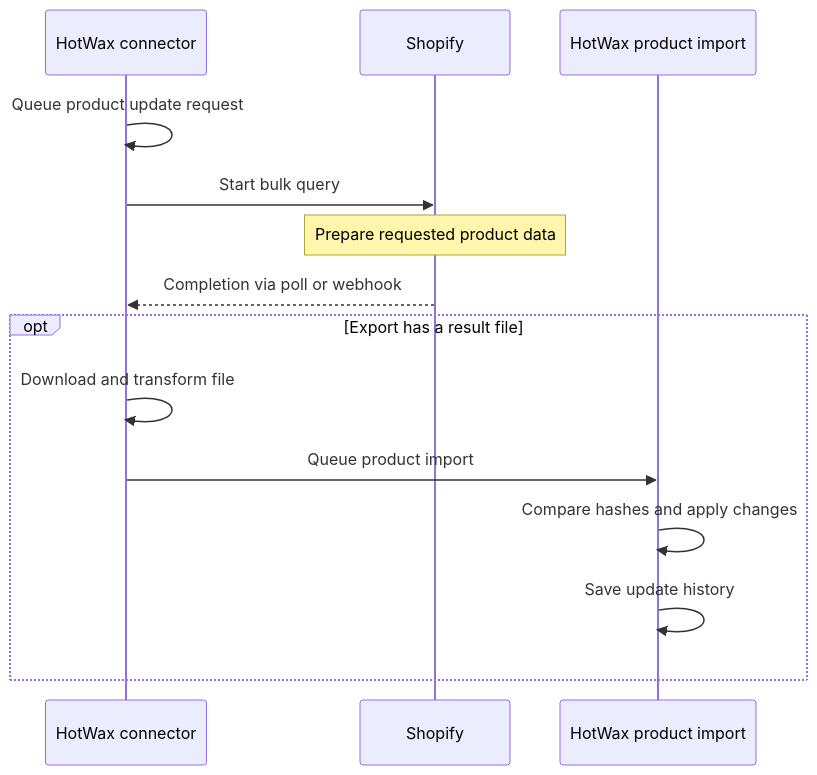
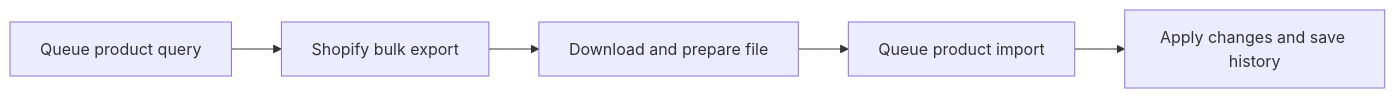
One commit to hotwax/oms-documentation changed the diagram in documents/learn-shopify/shopify-integration/products/download-products.md. Above: the diagram before and after it, drawn with Mermaid. The commit also changed other lines of this file and 12 other files, not shown here.

Commit message:
docs: explain Shopify routing and inbound product and inventory sync

````diff
--- a/documents/learn-shopify/shopify-integration/products/download-products.md
+++ b/documents/learn-shopify/shopify-integration/products/download-products.md
@@ -25,18 +59,9 @@
 ```mermaid
-sequenceDiagram
-    accTitle: Shopify export and HotWax product import stages
-    accDescr: HotWax queues a Shopify bulk query and confirms completion by polling or webhook. When there is a result file, HotWax downloads and transforms it, queues the product import, compares data-group hashes, applies changes, and saves update history. Export completion does not prove import success.
-    participant Connector as HotWax connector
-    participant Shopify
-    participant Import as HotWax product import
-    Connector->>Connector: Queue product update request
-    Connector->>Shopify: Start bulk query
-    Note over Shopify: Prepare requested product data
-    Shopify-->>Connector: Completion via poll or webhook
-    opt Export has a result file
-        Connector->>Connector: Download and transform file
-        Connector->>Import: Queue product import
-        Import->>Import: Compare hashes and apply changes
-        Import->>Import: Save update history
-    end
+flowchart LR
+    accTitle: Shopify product import stages
+    accDescr: HotWax queues a shop-specific query. Shopify exports products and variants. HotWax downloads the result, prepares an import, applies product changes, and saves comparison history. Each stage has its own result.
+    A[Queue product query] --> B[Shopify bulk export]
+    B --> C[Download and prepare file]
+    C --> D[Queue product import]
+    D --> E[Apply changes and save history]
 ```
````
